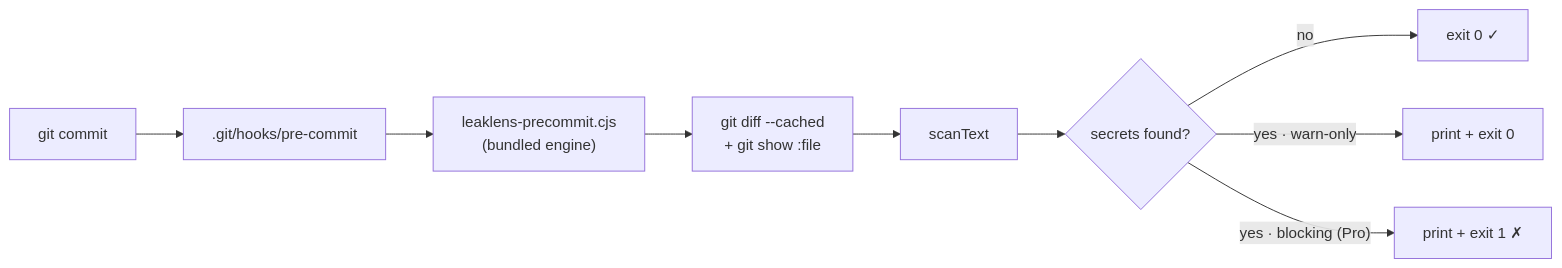
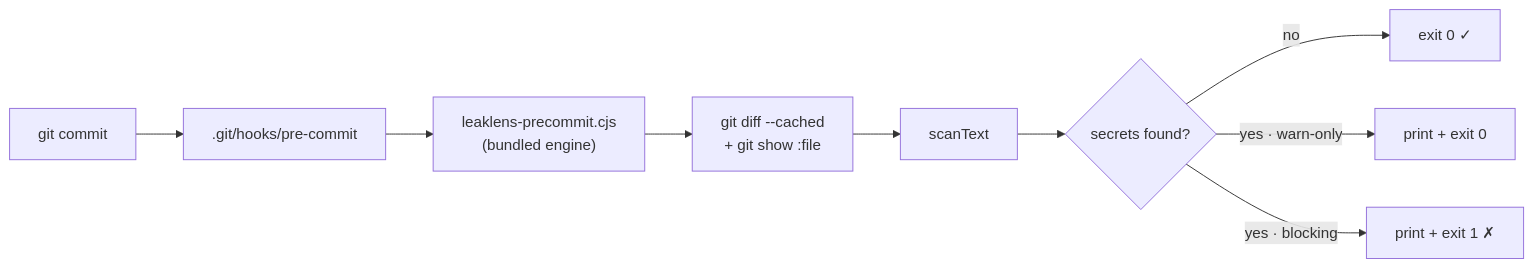
The fifth of 5 diagrams in Documentation/1.0.0/ARCHITECTURE.md (IvailoManolov/LeakerLens), drawn with Mermaid before and after one commit. The commit also changed other lines of this file and 11 other files, not shown here.

````diff
--- a/Documentation/1.0.0/ARCHITECTURE.md
+++ b/Documentation/1.0.0/ARCHITECTURE.md
@@ -143,11 +138,11 @@
 ```mermaid
 flowchart LR
   commit["git commit"] --> hook[".git/hooks/pre-commit"]
   hook --> runner["leaklens-precommit.cjs\n(bundled engine)"]
   runner --> staged["git diff --cached\n+ git show :file"]
   staged --> scanText
   scanText --> verdict{secrets found?}
   verdict -- no --> ok["exit 0 ✓"]
   verdict -- "yes · warn-only" --> warn["print + exit 0"]
-  verdict -- "yes · blocking (Pro)" --> block["print + exit 1 ✗"]
+  verdict -- "yes · blocking" --> block["print + exit 1 ✗"]
 ```
````
